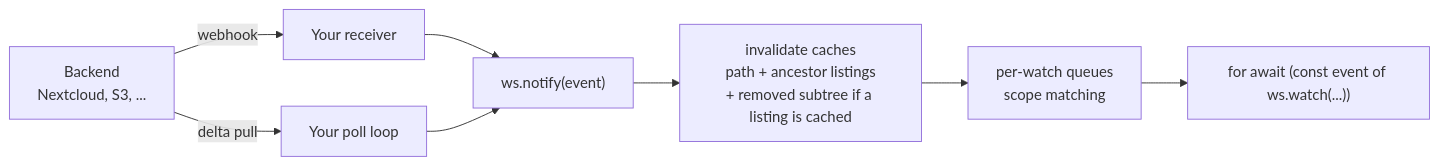
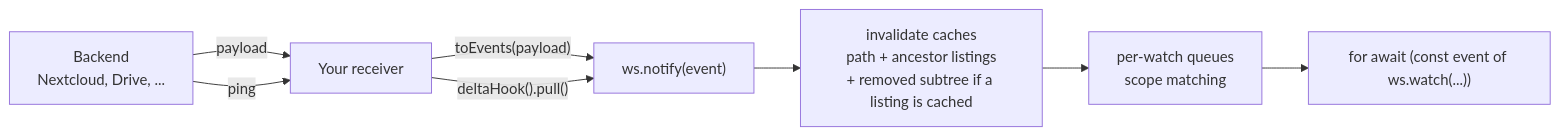
Before and after one commit to strukto-ai/mirage: the diagram in docs/typescript/watch.mdx, drawn with Mermaid. The commit also changed other lines of this file and 11 other files, not shown here.

````diff
--- a/docs/typescript/watch.mdx
+++ b/docs/typescript/watch.mdx
@@ -31,10 +33,10 @@
 ```mermaid
 flowchart LR
-    NC[Backend<br/>Nextcloud, S3, ...] -->|webhook| RX[Your receiver]
-    NC -->|delta pull| PL[Your poll loop]
-    RX --> N["ws.notify(event)"]
-    PL --> N
+    BE[Backend<br/>Nextcloud, Drive, ...] -->|payload| RX[Your receiver]
+    BE -->|ping| RX
+    RX -->|"toEvents(payload)"| N["ws.notify(event)"]
+    RX -->|"deltaHook().pull()"| N
     N --> INV[invalidate caches<br/>path + ancestor listings<br/>+ removed subtree if a listing is cached]
     INV --> Q[per-watch queues<br/>scope matching]
     Q --> W["for await (const event of ws.watch(...))"]
 ```
````
